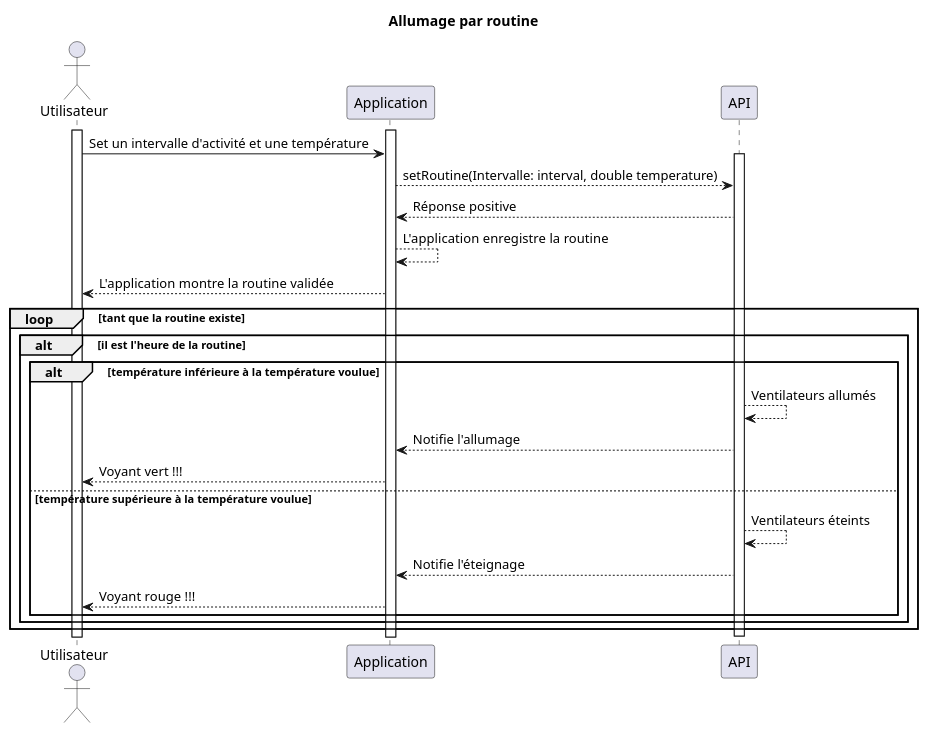
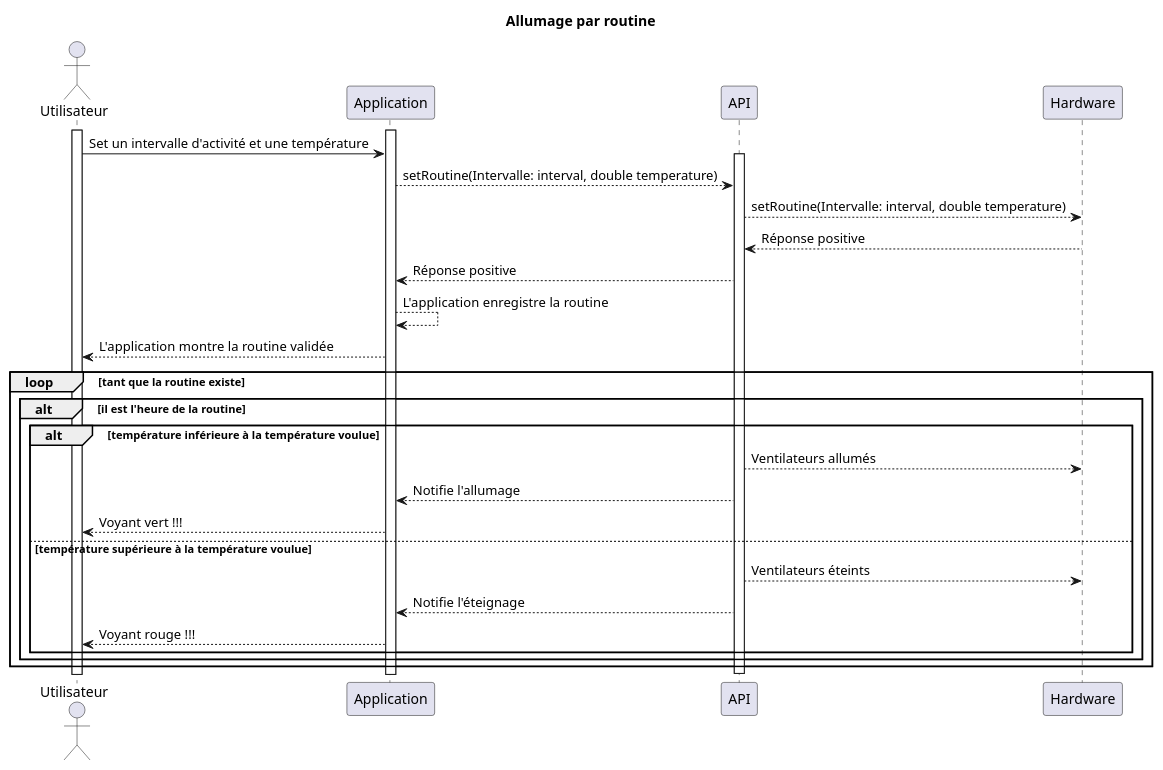
The diagram in diagrams/seq/turn_on_routine.puml (chauffapagnan/documentation), drawn with PlantUML before and after one commit. The commit also changed 4 other files, not shown here.

Commit message:
📝 mise à jour des diagrammes de séquence

```diff
--- a/diagrams/seq/turn_on_routine.puml
+++ b/diagrams/seq/turn_on_routine.puml
@@ -1,37 +1,40 @@
 @startuml
 
 title Allumage par routine
 
 actor Utilisateur
 
 activate Utilisateur
 activate Application
 participant API
+participant Hardware
 
 Utilisateur -> Application: Set un intervalle d'activité et une température
 
 
 activate API
 Application --> API: setRoutine(Intervalle: interval, double temperature)
+API --> Hardware: setRoutine(Intervalle: interval, double temperature)
+Hardware --> API: Réponse positive
 API --> Application: Réponse positive
 
 Application --> Application: L'application enregistre la routine
 Application --> Utilisateur: L'application montre la routine validée
 
 loop tant que la routine existe
     alt il est l'heure de la routine
         alt température inférieure à la température voulue
-            API --> API: Ventilateurs allumés
+            API --> Hardware: Ventilateurs allumés
             API --> Application: Notifie l'allumage
             Application --> Utilisateur: Voyant vert !!!
         else température supérieure à la température voulue
-            API --> API: Ventilateurs éteints
+            API --> Hardware: Ventilateurs éteints
             API --> Application: Notifie l'éteignage
             Application --> Utilisateur: Voyant rouge !!!
         end
     end
 end
 
 deactivate API
 
 @enduml
```
